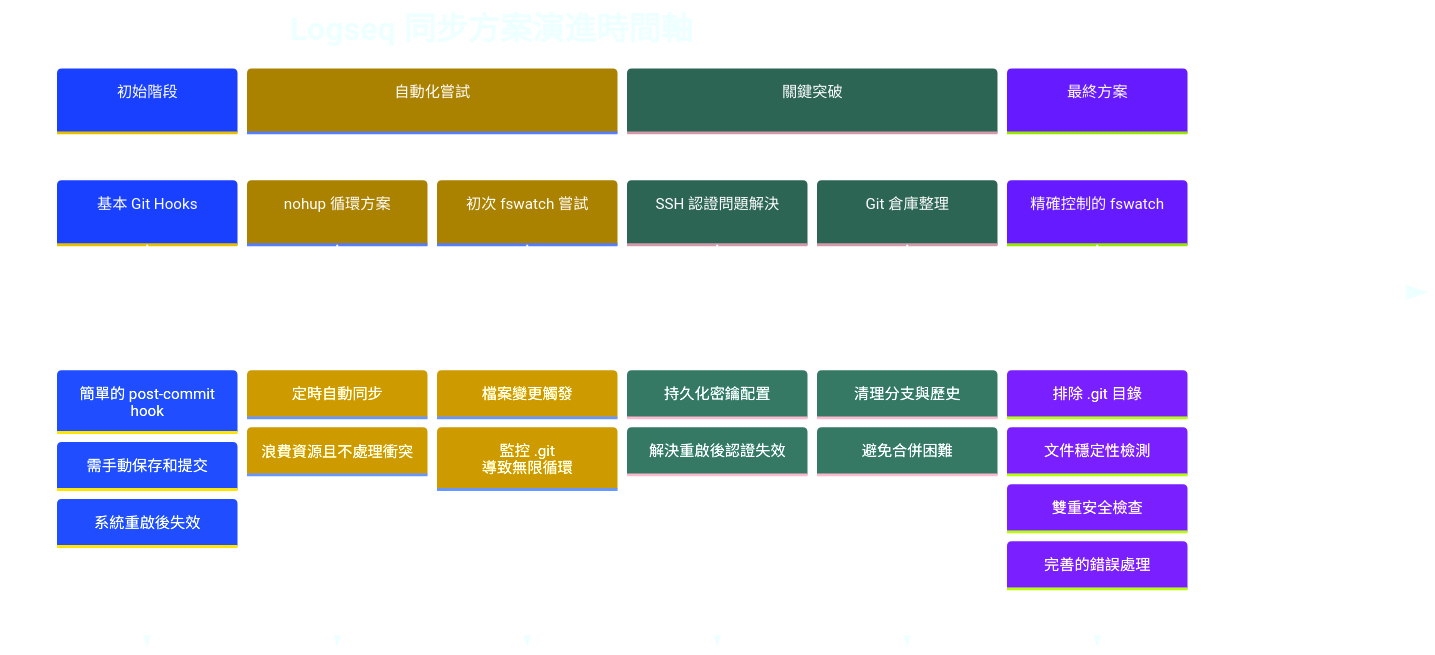
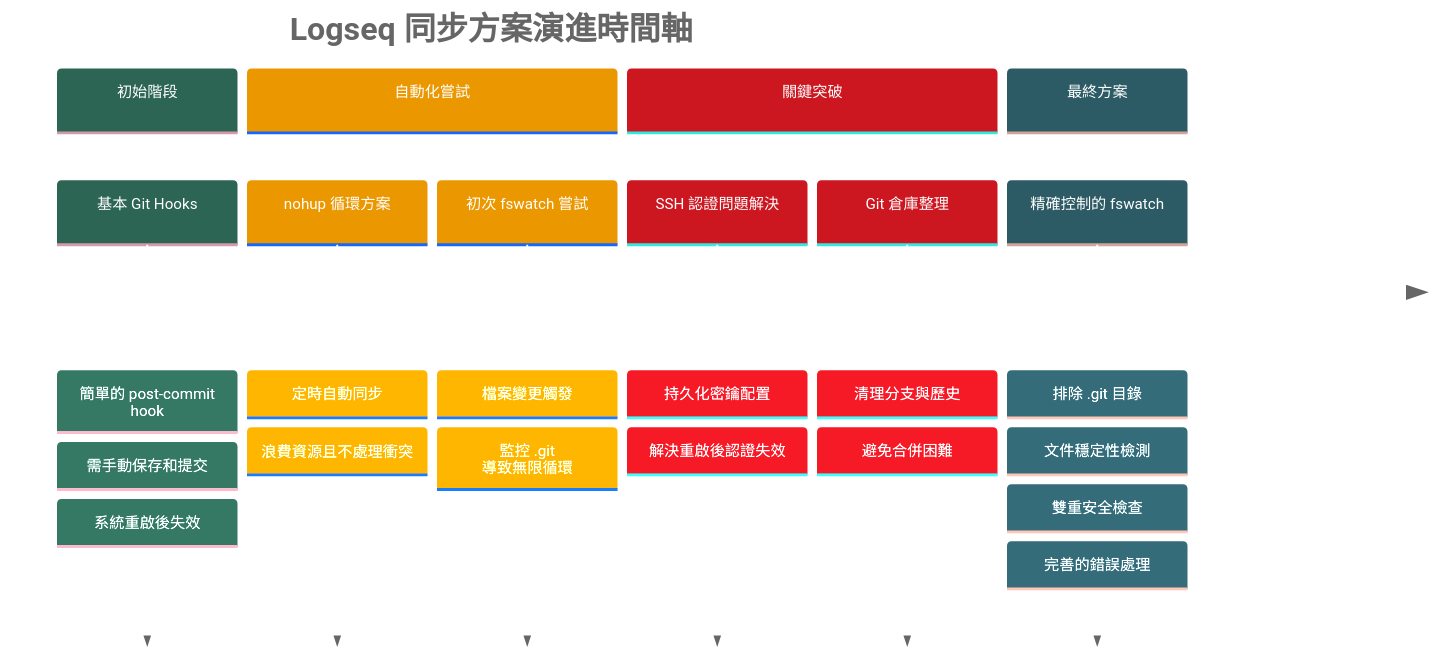
The first of 2 diagrams in Logseq同步方案演進記錄.md (GengGeng026/Sync-Logseq), drawn with Mermaid before and after one commit.

Commit message:
Auto-sync: Wed Mar 26 09:10:46 +08 2025

````diff
--- a/Logseq同步方案演進記錄.md
+++ b/Logseq同步方案演進記錄.md
@@ -24,45 +24,45 @@
 ```mermaid
 %%{init: {
   'theme': 'base', 
   'themeVariables': {
-    'primaryColor': '#99AAFF',
-    'secondaryColor': '#FFCB2B',
-    'tertiaryColor': '#59B79A',
-    'quaternaryColor': '#F07178',
+    'primaryColor': '#59B79A',
     'primaryTextColor': '#FFFFFF',
     'primaryBorderColor': '#59B79A',
-    'lineColor': '#C792EA',
+    'lineColor': '#666666',
+    'secondaryColor': '#FFCB6B',
+    'tertiaryColor': '#F07178',
     'background': 'transparent',
-    'textColor': '#EEFFFF',
+    'textColor': '#666666',
     'nodeBorder': '#59B79A',
     'clusterBkg': 'transparent',
-    'titleColor': '#EEFFFF',
+    'titleColor': '#666666',
     'sectionBkgColor': '#273747',
     'sectionBkgColor2': '#334455',
     'sectionBkgColor3': '#3A4A5A',
     'sectionBkgColor4': '#42546A',
-    'sectionBkgColor5': '#4B5E78'
+    'sectionBkgColor5': '#4B5E78',
+    'fontFamily': 'Arial, Helvetica, sans-serif'
   }
 }}%%
 timeline
     title Logseq 同步方案演進時間軸
     section 初始階段
         基本 Git Hooks : 簡單的 post-commit hook
         : 需手動保存和提交
         : 系統重啟後失效
     section 自動化嘗試
         nohup 循環方案 : 定時自動同步
         : 浪費資源且不處理衝突
         初次 fswatch 嘗試 : 檔案變更觸發
         : 監控 .git 導致無限循環
     section 關鍵突破
         SSH 認證問題解決 : 持久化密鑰配置
         : 解決重啟後認證失效
         Git 倉庫整理 : 清理分支與歷史
         : 避免合併困難
     section 最終方案
         精確控制的 fswatch : 排除 .git 目錄
         : 文件穩定性檢測
         : 雙重安全檢查
         : 完善的錯誤處理
 ```
````
